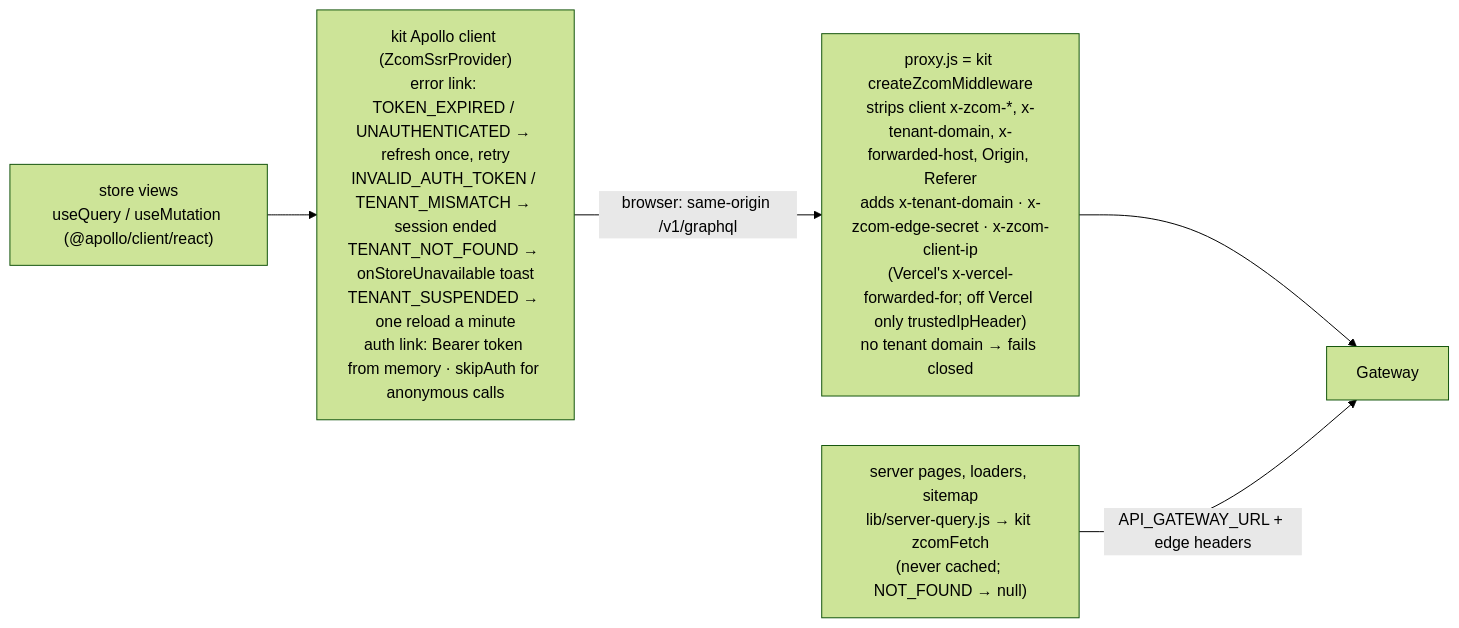
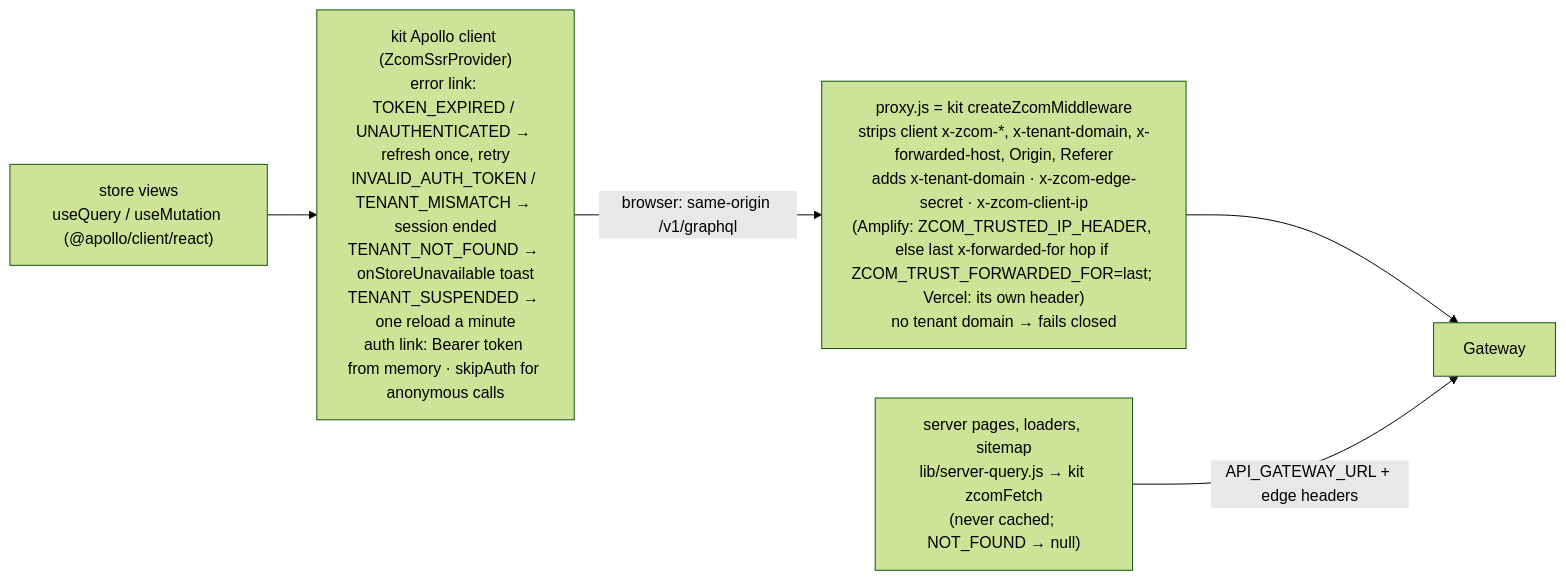
One commit to Zerror-Studios/deveshe changed the third of 6 diagrams in docs/architecture/solution-architecture.md. Above: the diagram before and after it, drawn with Mermaid (forest theme). The commit also changed other lines of this file and 3 other files, not shown here.

First line of the commit message:
docs: frontends are hosted on AWS Amplify, not Vercel

````diff
--- a/docs/architecture/solution-architecture.md
+++ b/docs/architecture/solution-architecture.md
@@ -60,7 +60,7 @@
 ```mermaid
 flowchart LR
     Q["store views<br/>useQuery / useMutation (@apollo/client/react)"] --> KC["kit Apollo client (ZcomSsrProvider)<br/>error link: TOKEN_EXPIRED / UNAUTHENTICATED → refresh once, retry<br/>INVALID_AUTH_TOKEN / TENANT_MISMATCH → session ended<br/>TENANT_NOT_FOUND → onStoreUnavailable toast<br/>TENANT_SUSPENDED → one reload a minute<br/>auth link: Bearer token from memory · skipAuth for anonymous calls"]
-    KC -- "browser: same-origin /v1/graphql" --> PX["proxy.js = kit createZcomMiddleware<br/>strips client x-zcom-*, x-tenant-domain, x-forwarded-host, Origin, Referer<br/>adds x-tenant-domain · x-zcom-edge-secret · x-zcom-client-ip<br/>(Vercel's x-vercel-forwarded-for; off Vercel only trustedIpHeader)<br/>no tenant domain → fails closed"]
+    KC -- "browser: same-origin /v1/graphql" --> PX["proxy.js = kit createZcomMiddleware<br/>strips client x-zcom-*, x-tenant-domain, x-forwarded-host, Origin, Referer<br/>adds x-tenant-domain · x-zcom-edge-secret · x-zcom-client-ip<br/>(Amplify: ZCOM_TRUSTED_IP_HEADER, else last x-forwarded-for hop if ZCOM_TRUST_FORWARDED_FOR=last; Vercel: its own header)<br/>no tenant domain → fails closed"]
     PX --> GW["Gateway"]
     SV["server pages, loaders, sitemap<br/>lib/server-query.js → kit zcomFetch<br/>(never cached; NOT_FOUND → null)"] -- "API_GATEWAY_URL + edge headers" --> GW
 ```
````
